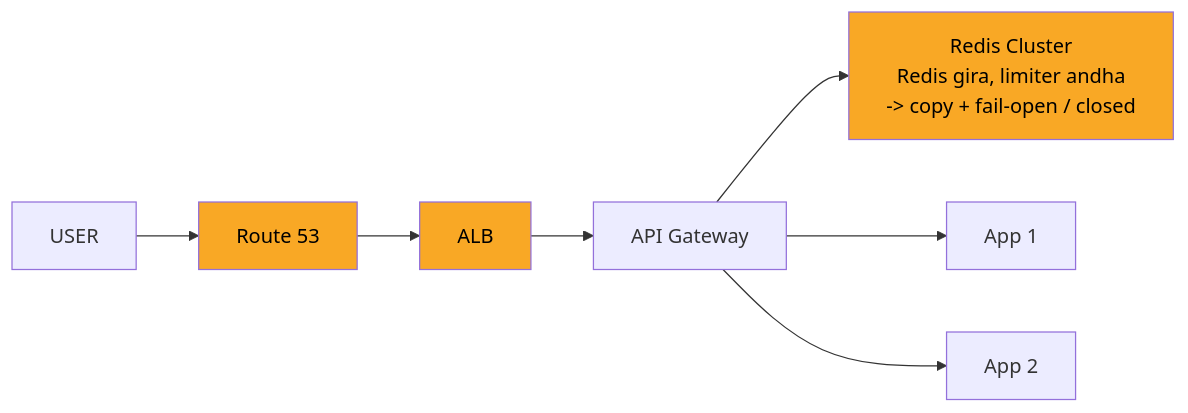
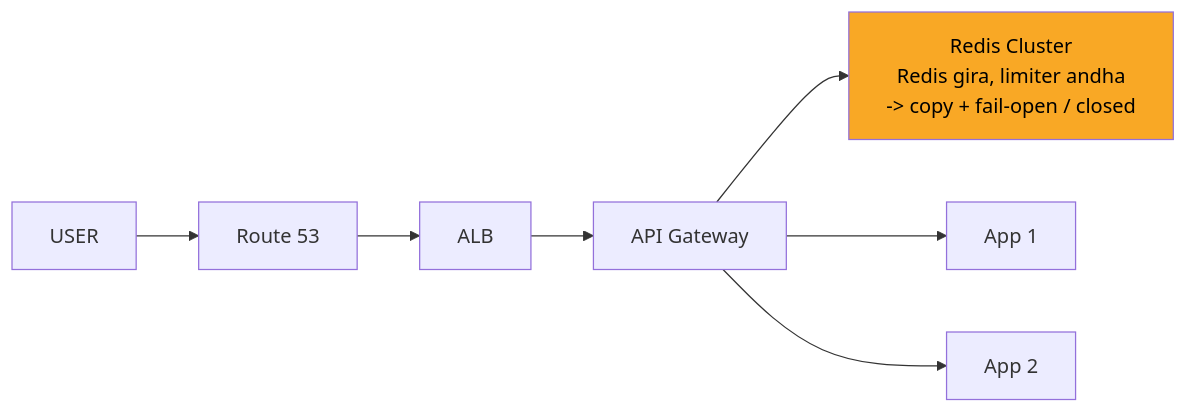
Before and after one commit to ArpanMaheshwari144/Prep: the fifth of 11 diagrams in 04_HLD/SYSTEM_DESIGNS/02_rate_limiter/02_rate_limiter.md, drawn with Mermaid. The commit also changed other lines of this file and 6 other files, not shown here.

````diff
--- a/04_HLD/SYSTEM_DESIGNS/02_rate_limiter/02_rate_limiter.md
+++ b/04_HLD/SYSTEM_DESIGNS/02_rate_limiter/02_rate_limiter.md
@@ -216,19 +216,17 @@
 ```mermaid
 flowchart LR
     n_USER["USER"]
     n_Route_53["Route 53"]
     n_ALB["ALB"]
     n_API_Gateway["API Gateway"]
     n_Redis_Cluster["Redis Cluster<br/>Redis gira, limiter andha<br/>-> copy + fail-open / closed"]
     n_App_x_N_1["App 1"]
     n_App_x_N_2["App 2"]
     n_USER --> n_Route_53
     n_Route_53 --> n_ALB
     n_ALB --> n_API_Gateway
     n_API_Gateway --> n_Redis_Cluster
     n_API_Gateway --> n_App_x_N_1
     n_API_Gateway --> n_App_x_N_2
     style n_Redis_Cluster fill:#f9a825,color:#000
-    style n_Route_53 fill:#f9a825,color:#000
-    style n_ALB fill:#f9a825,color:#000
 ```
````
